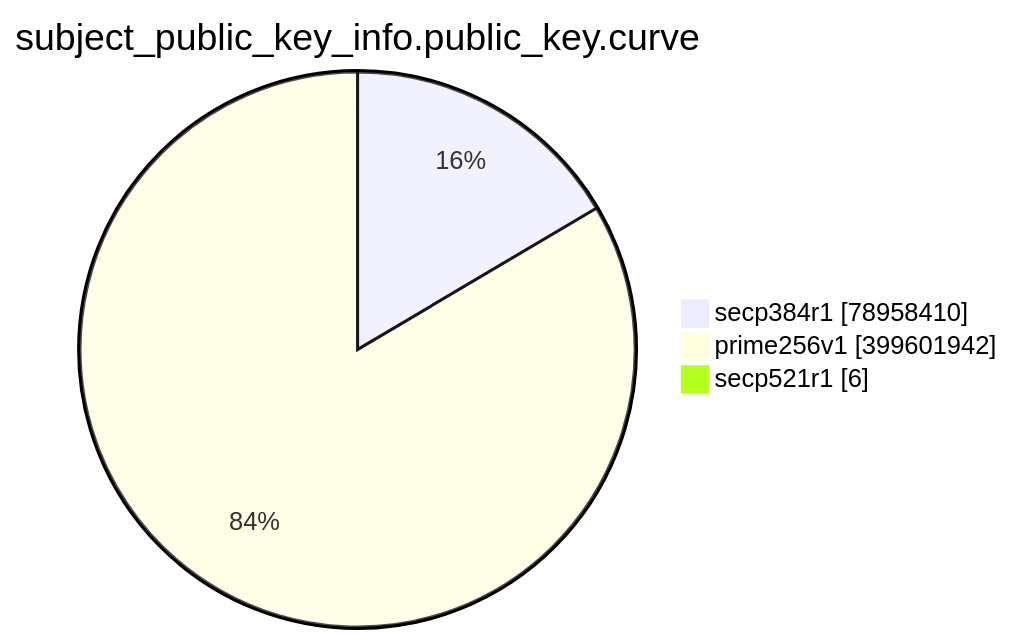
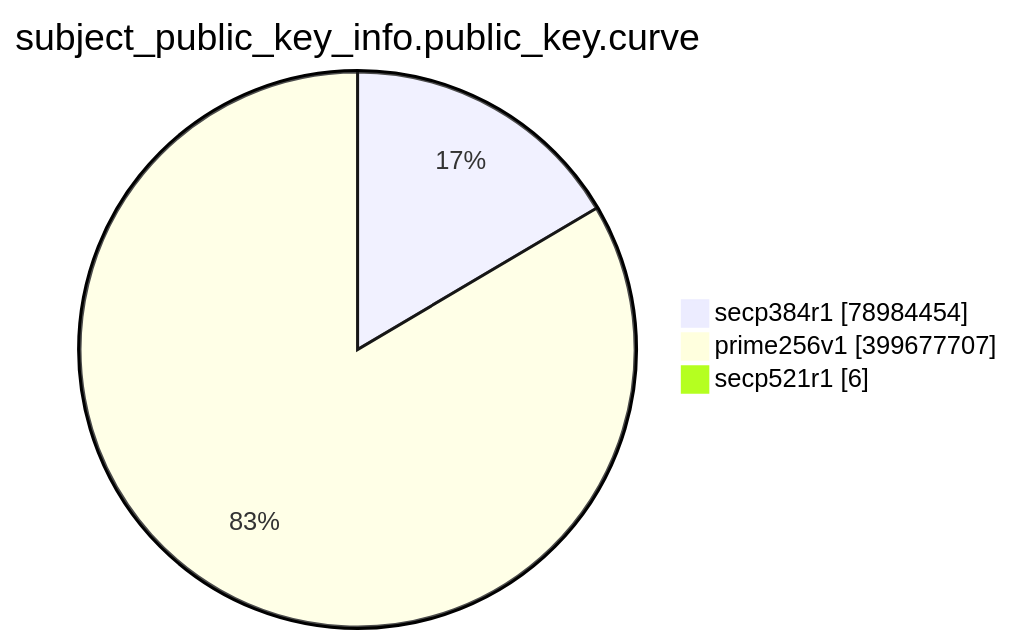
Before and after one commit to christiankrug/ctmonitor_visualization: the eighth of 15 diagrams in TOTAL/README.md, drawn with Mermaid. The commit also changed other lines of this file, not shown here.

````diff
--- a/TOTAL/README.md
+++ b/TOTAL/README.md
@@ -3095,7 +3095,7 @@
 ```mermaid
 pie showData
 title subject_public_key_info.public_key.curve
-"secp384r1" :78958410
-"prime256v1" :399601942
+"secp384r1" :78984454
+"prime256v1" :399677707
 "secp521r1" :6
 ```
````
